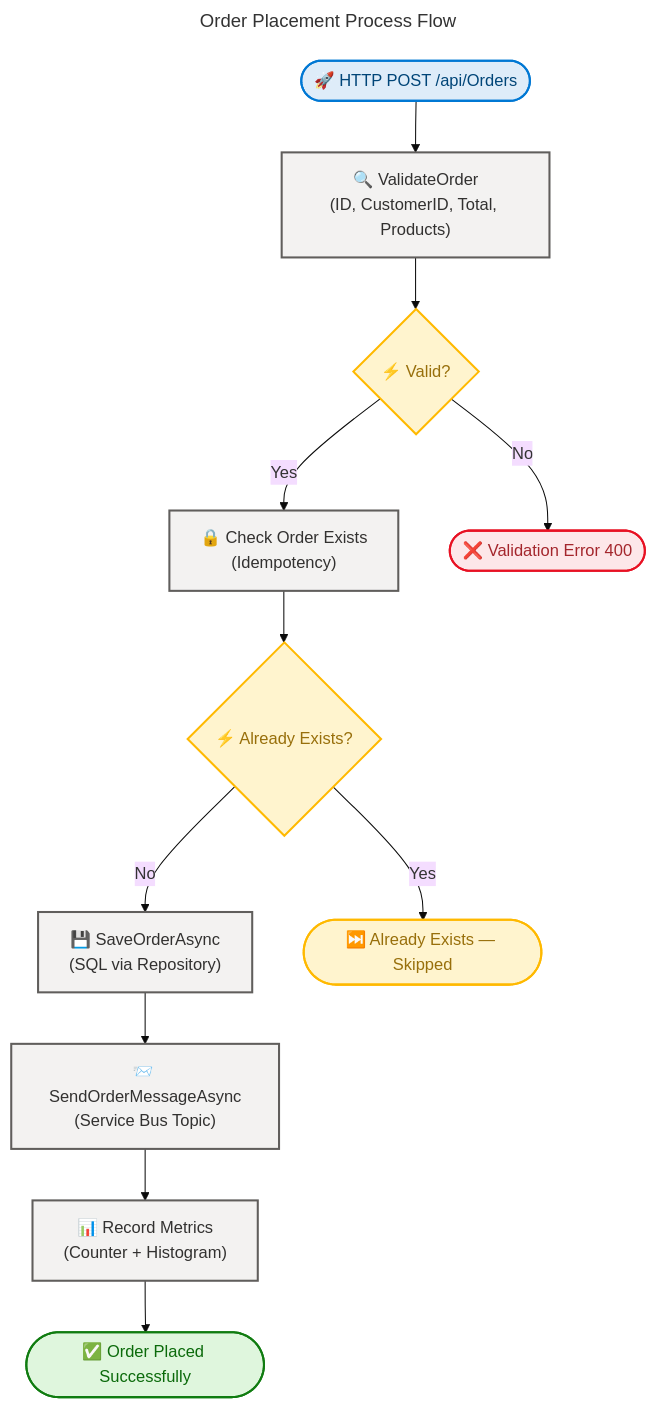
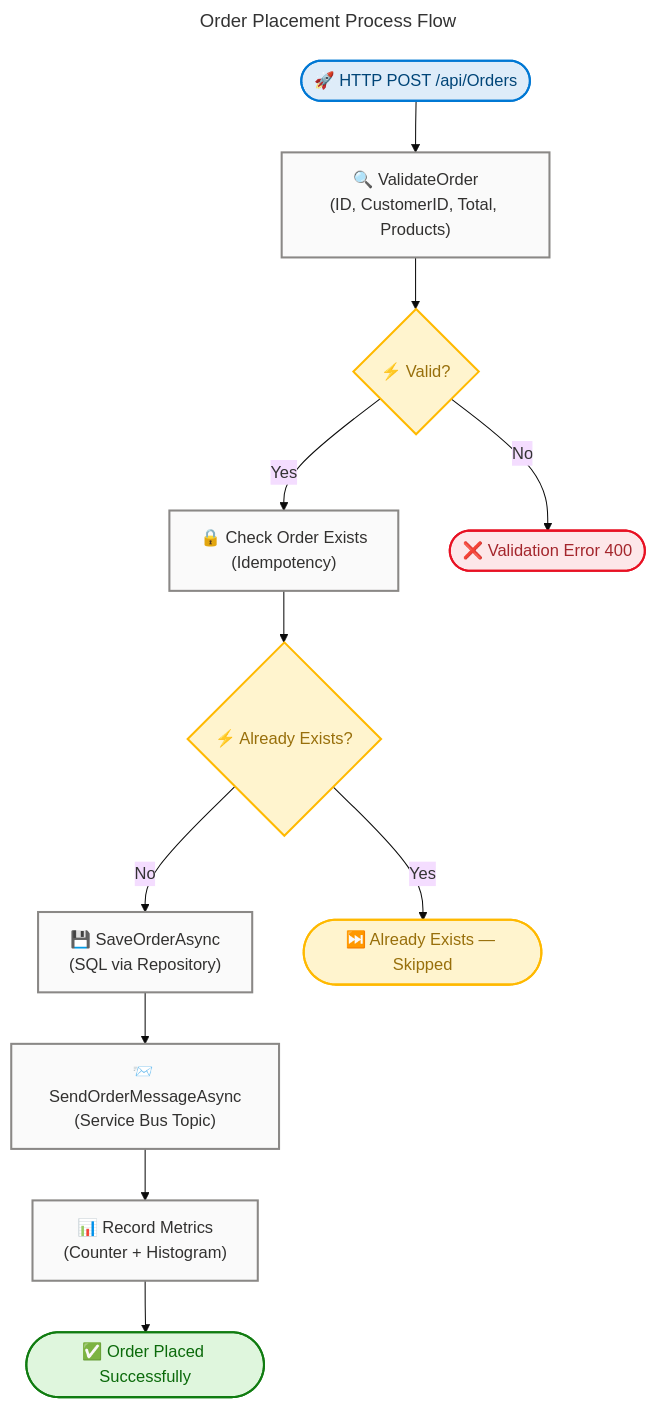
The fourth of 6 diagrams in docs/architecture/business-architecture.md (Evilazaro/Azure-LogicApps-Monitoring), drawn with Mermaid before and after one commit. The commit also changed other lines of this file, not shown here.

Commit message:
Refactor flowchart styles and class definitions in business architecture documentation for improved clarity and consistency

````diff
--- a/docs/architecture/business-architecture.md
+++ b/docs/architecture/business-architecture.md
@@ -808,51 +817,56 @@
 ```mermaid
 ---
 title: Order Placement Process Flow
 config:
   theme: base
   look: classic
   layout: dagre
   themeVariables:
     fontSize: '16px'
   flowchart:
     htmlLabels: true
 ---
 flowchart TB
     accTitle: Order Placement Process Flow
     accDescr: BPMN-style diagram showing the order placement workflow from API request through validation, persistence, messaging, and metrics recording
 
     %% ═══════════════════════════════════════════════════════════════════════════
     %% AZURE / FLUENT ARCHITECTURE PATTERN v1.1
     %% (Semantic + Structural + Font + Accessibility Governance)
     %% ═══════════════════════════════════════════════════════════════════════════
+    %% PHASE 1 - STRUCTURAL: Direction explicit, flat topology, nesting ≤ 3
+    %% PHASE 2 - SEMANTIC: Colors justified, max 5 semantic classes, neutral-first
+    %% PHASE 3 - FONT: Dark text on light backgrounds, contrast ≥ 4.5:1
+    %% PHASE 4 - ACCESSIBILITY: accTitle/accDescr present, icons on all nodes
+    %% PHASE 5 - STANDARD: Governance block present, classDefs centralized
+    %% ═══════════════════════════════════════════════════════════════════════════
 
-    Start(["🚀 HTTP POST /api/Orders"]):::start
-    Validate["🔍 ValidateOrder<br/>(ID, CustomerID, Total, Products)"]:::process
-    ValidOK{"⚡ Valid?"}:::decision
-    IdempCheck["🔒 Check Order Exists<br/>(Idempotency)"]:::process
-    Exists{"⚡ Already Exists?"}:::decision
-    SaveDB["💾 SaveOrderAsync<br/>(SQL via Repository)"]:::process
-    PublishSB["📨 SendOrderMessageAsync<br/>(Service Bus Topic)"]:::process
-    RecordMetrics["📊 Record Metrics<br/>(Counter + Histogram)"]:::process
+    Start(["🚀 HTTP POST /api/Orders"]):::core
+    Validate["🔍 ValidateOrder<br/>(ID, CustomerID, Total, Products)"]:::neutral
+    ValidOK{"⚡ Valid?"}:::warning
+    IdempCheck["🔒 Check Order Exists<br/>(Idempotency)"]:::neutral
+    Exists{"⚡ Already Exists?"}:::warning
+    SaveDB["💾 SaveOrderAsync<br/>(SQL via Repository)"]:::neutral
+    PublishSB["📨 SendOrderMessageAsync<br/>(Service Bus Topic)"]:::neutral
+    RecordMetrics["📊 Record Metrics<br/>(Counter + Histogram)"]:::neutral
     Success(["✅ Order Placed Successfully"]):::success
     Skip(["⏭️ Already Exists — Skipped"]):::warning
-    Error(["❌ Validation Error 400"]):::error
+    Error(["❌ Validation Error 400"]):::danger
 
     Start --> Validate
     Validate --> ValidOK
     ValidOK -->|Yes| IdempCheck
     ValidOK -->|No| Error
     IdempCheck --> Exists
     Exists -->|Yes| Skip
     Exists -->|No| SaveDB
     SaveDB --> PublishSB
     PublishSB --> RecordMetrics
     RecordMetrics --> Success
 
-    classDef start fill:#DEECF9,stroke:#0078D4,stroke-width:2px,color:#004578
-    classDef process fill:#F3F2F1,stroke:#605E5C,stroke-width:2px,color:#323130
-    classDef decision fill:#FFF4CE,stroke:#FFB900,stroke-width:2px,color:#986F0B
+    classDef core fill:#DEECF9,stroke:#0078D4,stroke-width:2px,color:#004578
+    classDef neutral fill:#FAFAFA,stroke:#8A8886,stroke-width:2px,color:#323130
+    classDef warning fill:#FFF4CE,stroke:#FFB900,stroke-width:2px,color:#986F0B
     classDef success fill:#DFF6DD,stroke:#107C10,stroke-width:2px,color:#0B6A0B
-    classDef warning fill:#FFF4CE,stroke:#FFB900,stroke-width:2px,color:#986F0B
-    classDef error fill:#FDE7E9,stroke:#E81123,stroke-width:2px,color:#A4262C
+    classDef danger fill:#FDE7E9,stroke:#E81123,stroke-width:2px,color:#A4262C
 ```
````
